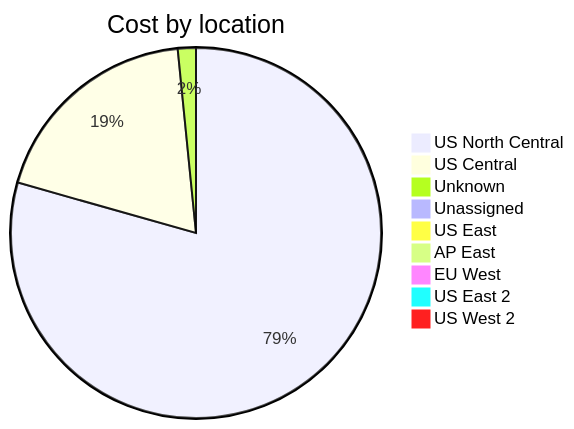
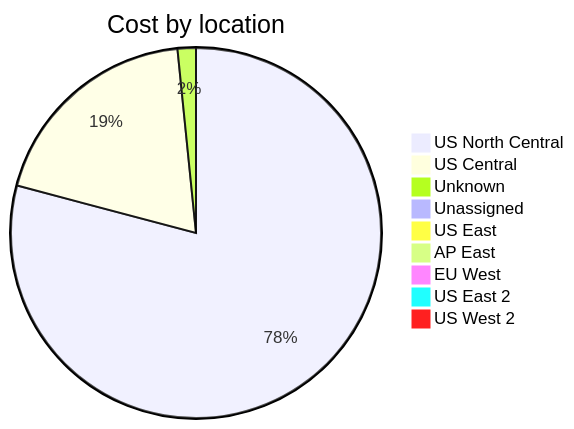
One commit to jpfulton/azure-personal-reports changed the third of 4 diagrams in cost-reports/accumulated-cost.md. Above: the diagram before and after it, drawn with Mermaid. The commit also changed other lines of this file and 4 other files, not shown here.

````diff
--- a/cost-reports/accumulated-cost.md
+++ b/cost-reports/accumulated-cost.md
@@ -129,13 +129,13 @@
 ```mermaid
 pie
    title Cost by location
-   "US North Central" : 19.61
-   "US Central" : 4.70
-   "Unknown" : 0.39
-   "Unassigned" : 0.20
-   "US East" : 0.08
+   "US North Central" : 21.76
+   "US Central" : 5.30
+   "Unknown" : 0.44
+   "Unassigned" : 0.22
+   "US East" : 0.09
    "AP East" : 0.00
    "EU West" : 0.00
    "US East 2" : 0.00
    "US West 2" : 0.00
 ```
````
